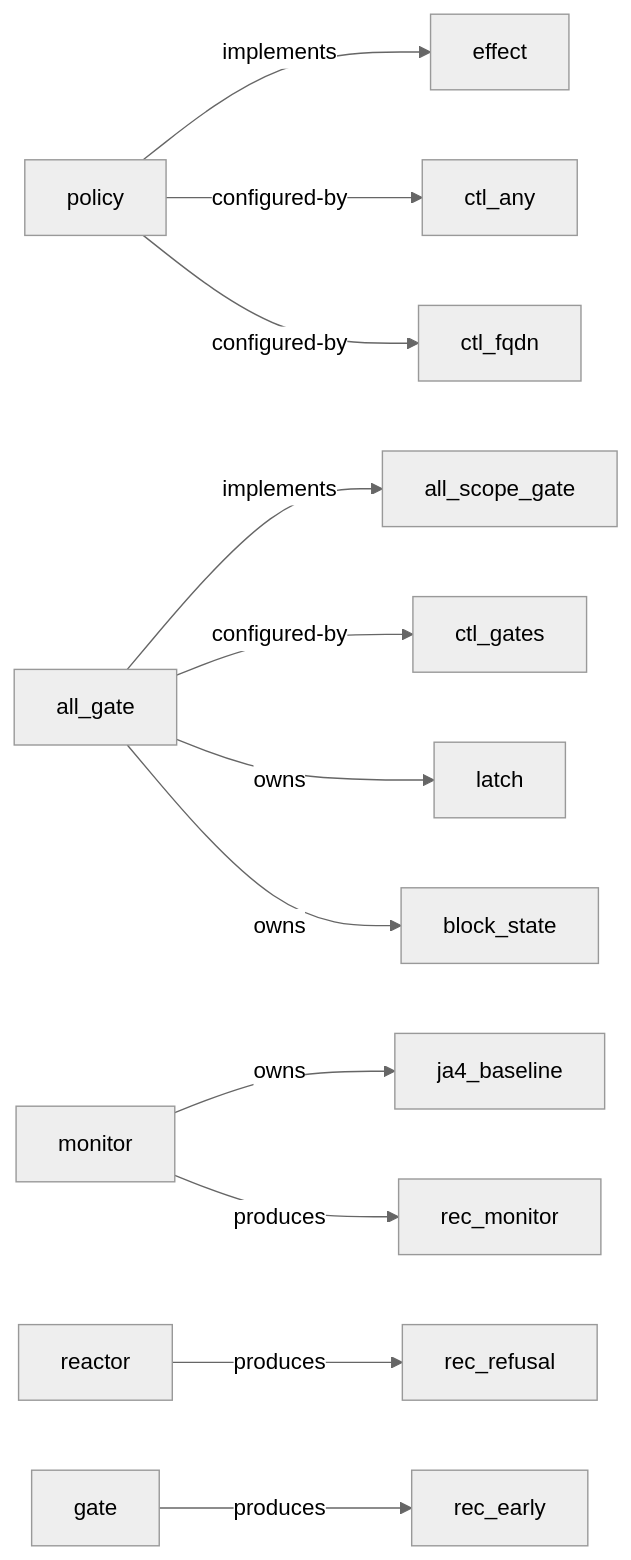
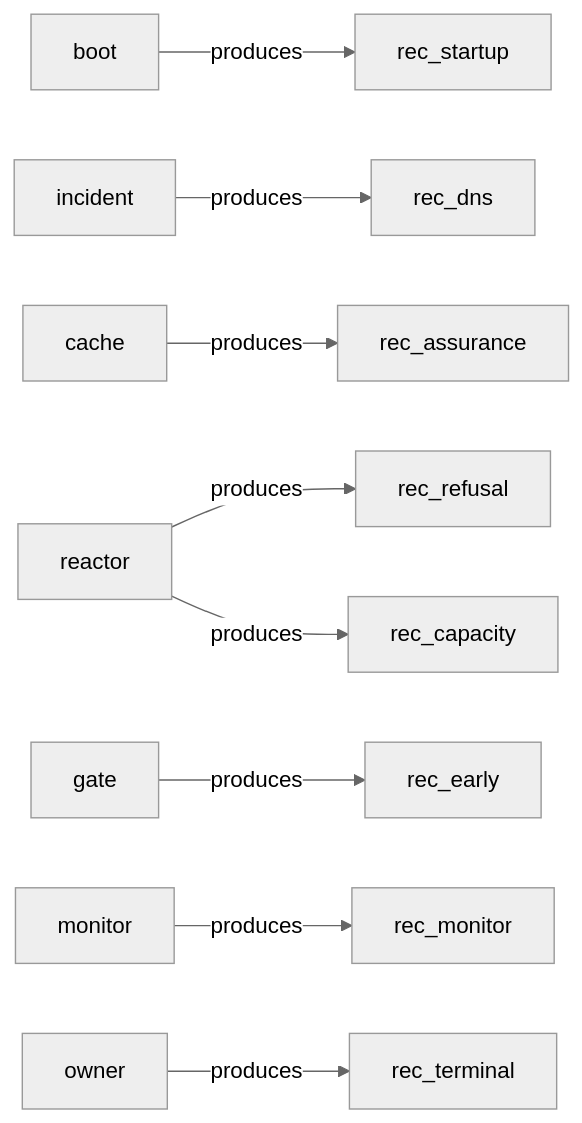
One commit to acje/alumina-proxy changed the sixth of 8 diagrams in docs/ontology.md. Above: the diagram before and after it, drawn with Mermaid (neutral theme). The commit also changed other lines of this file, not shown here.

First line of the commit message:
docs: make the diagrams the single source of relations

````diff
--- a/docs/ontology.md
+++ b/docs/ontology.md
@@ -178,14 +261,11 @@
 ```mermaid
 flowchart LR
-    policy -->|implements| effect
-    policy -->|configured-by| ctl_any
-    policy -->|configured-by| ctl_fqdn
-    all_gate -->|implements| all_scope_gate
-    all_gate -->|configured-by| ctl_gates
-    all_gate -->|owns| latch
-    all_gate -->|owns| block_state
-    monitor -->|owns| ja4_baseline
+    boot -->|produces| rec_startup
+    incident -->|produces| rec_dns
+    cache -->|produces| rec_assurance
+    reactor -->|produces| rec_refusal
+    reactor -->|produces| rec_capacity
+    gate -->|produces| rec_early
     monitor -->|produces| rec_monitor
-    reactor -->|produces| rec_refusal
-    gate -->|produces| rec_early
+    owner -->|produces| rec_terminal
 ```
````
